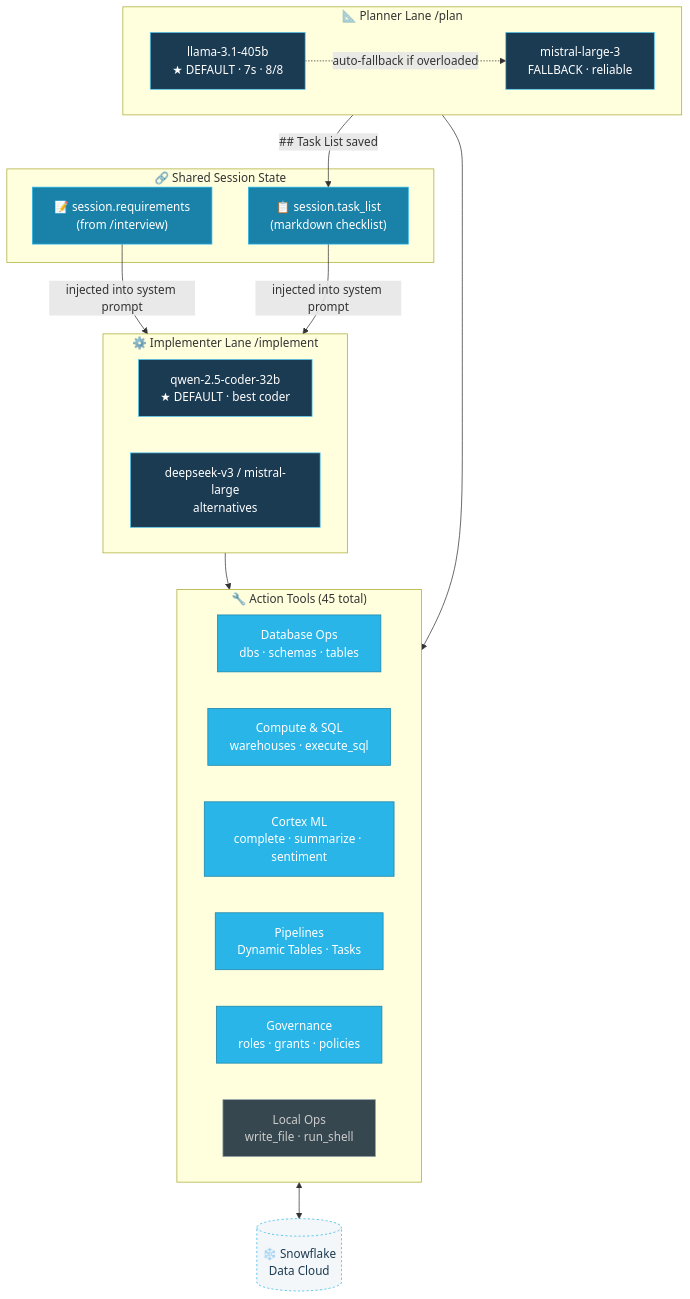
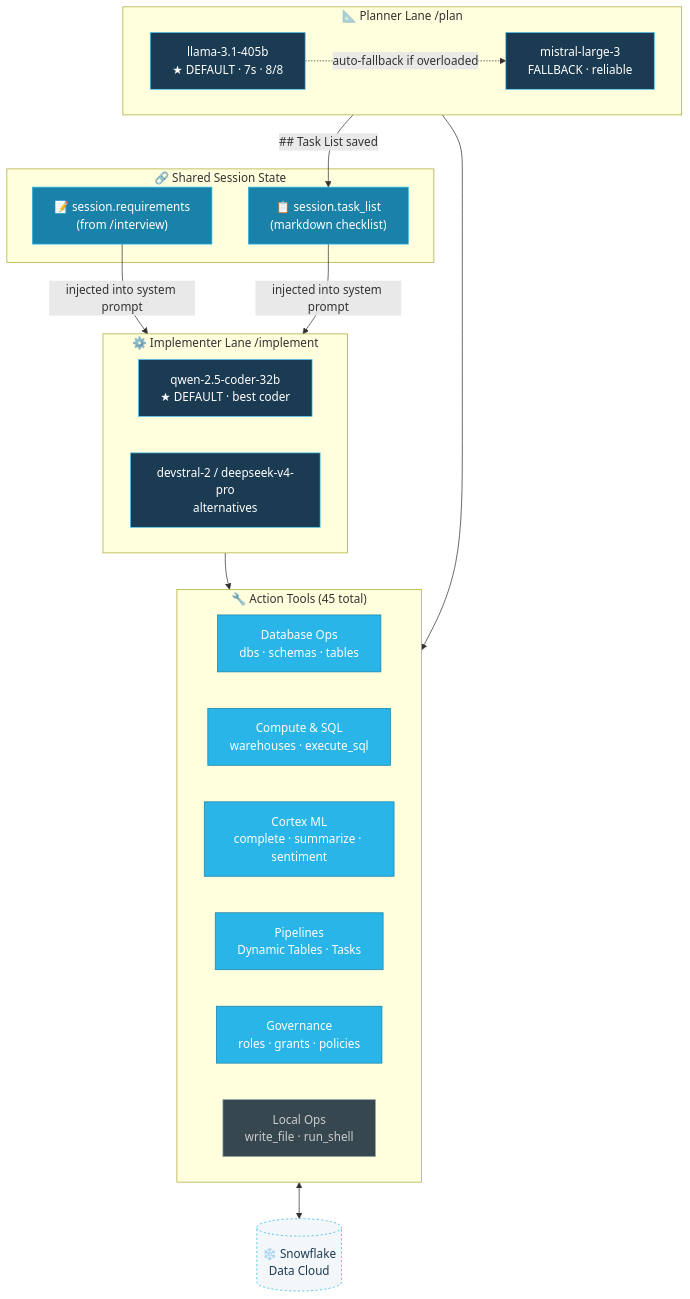
The second of 5 diagrams in docs/ARCHITECTURE.md (Jericho2010/TUI-snowNinja-cli), drawn with Mermaid before and after one commit. The commit also changed other lines of this file and 9 other files, not shown here.

````diff
--- a/docs/ARCHITECTURE.md
+++ b/docs/ARCHITECTURE.md
@@ -55,43 +55,43 @@
 ```mermaid
 flowchart TD
     classDef lane fill:#0d2233,stroke:#29B5E8,color:#fff,font-weight:bold
     classDef model fill:#1B3B52,stroke:#56C9F2,color:#fff
     classDef shared fill:#1A82A8,stroke:#29B5E8,color:#fff
     classDef tool fill:#29B5E8,stroke:#1A82A8,color:#fff
     classDef snow fill:#F4F7F9,stroke:#29B5E8,color:#1B3B52,stroke-dasharray:3
     classDef local fill:#37474f,stroke:#90a4ae,color:#ccc
 
     subgraph PLANNER ["📐 Planner Lane  /plan"]
         PM["llama-3.1-405b\n★ DEFAULT · 7s · 8/8"]:::model
         PF["mistral-large-3\nFALLBACK · reliable"]:::model
         PM -.->|"auto-fallback if overloaded"| PF
     end
 
     subgraph IMPL ["⚙️ Implementer Lane  /implement"]
         IM["qwen-2.5-coder-32b\n★ DEFAULT · best coder"]:::model
-        IM2["deepseek-v3 / mistral-large\nalternatives"]:::model
+        IM2["devstral-2 / deepseek-v4-pro\nalternatives"]:::model
     end
 
     subgraph SHARED ["🔗 Shared Session State"]
         TL["📋 session.task_list\n(markdown checklist)"]:::shared
         REQ["📝 session.requirements\n(from /interview)"]:::shared
     end
 
     subgraph TOOLS ["🔧 Action Tools (45 total)"]
         T1["Database Ops\ndbs · schemas · tables"]:::tool
         T2["Compute & SQL\nwarehouses · execute_sql"]:::tool
         T3["Cortex ML\ncomplete · summarize · sentiment"]:::tool
         T4["Pipelines\nDynamic Tables · Tasks"]:::tool
         T5["Governance\nroles · grants · policies"]:::tool
         T6["Local Ops\nwrite_file · run_shell"]:::local
     end
 
     SNOW[("❄️ Snowflake\nData Cloud")]:::snow
 
     PLANNER -->|"## Task List saved"| TL
     REQ -->|"injected into system prompt"| IMPL
     TL -->|"injected into system prompt"| IMPL
     IMPL --> TOOLS
     PLANNER --> TOOLS
     TOOLS <--> SNOW
 ```
````
